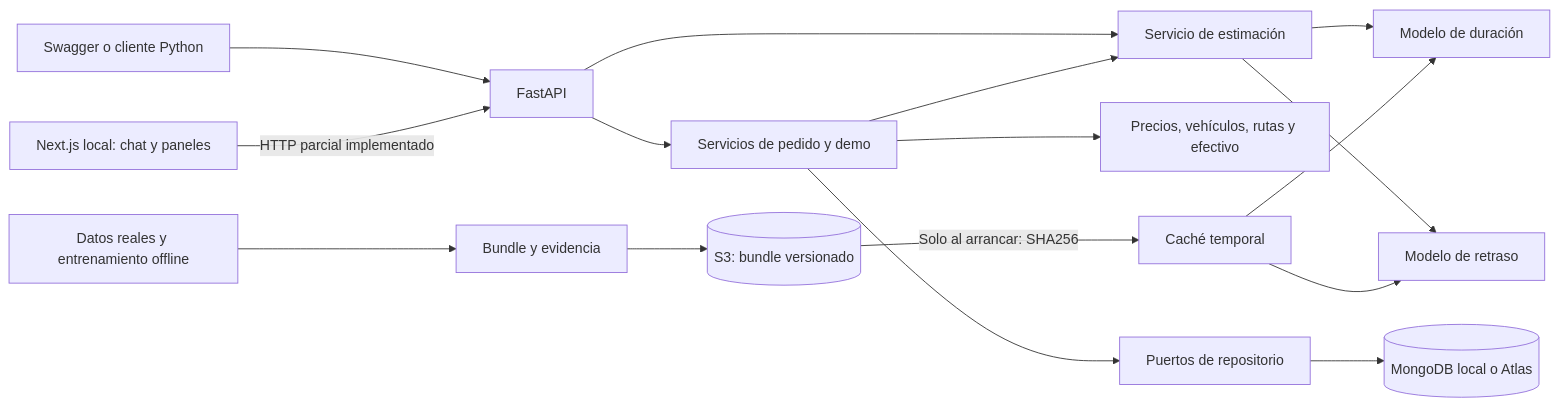
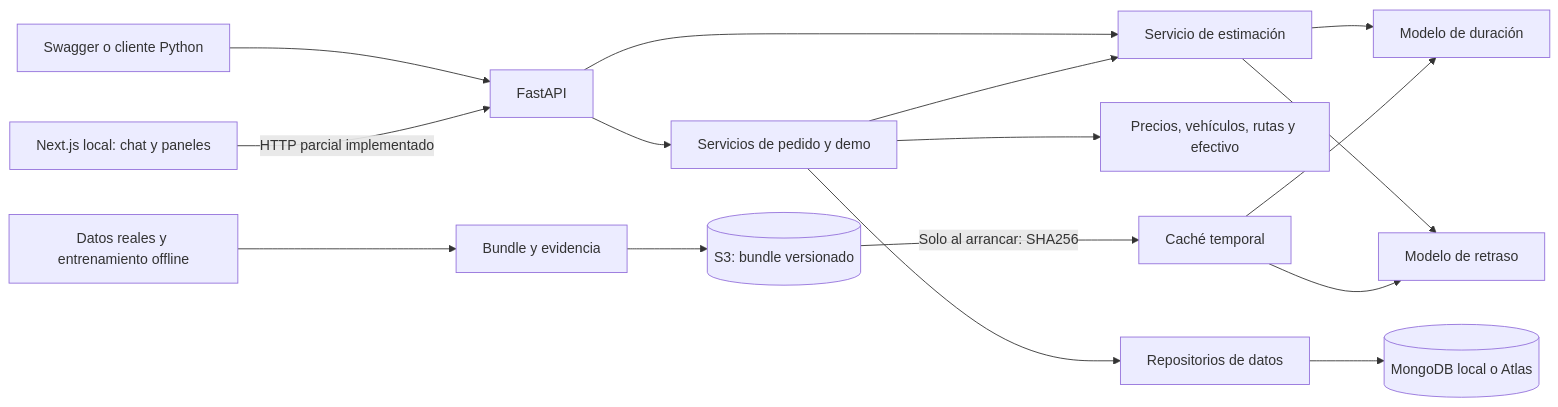
One commit to rvigil24/ml-delivery-app changed the diagram in docs/ARCHITECTURE.md. Above: the diagram before and after it, drawn with Mermaid. The commit also changed other lines of this file and 136 other files, not shown here.

````diff
--- a/docs/ARCHITECTURE.md
+++ b/docs/ARCHITECTURE.md
@@ -20,18 +20,18 @@
 ```mermaid
 flowchart LR
     Client[Swagger o cliente Python] --> API[FastAPI]
     UI[Next.js local: chat y paneles] -->|HTTP parcial implementado| API
     API --> Estimate[Servicio de estimación]
     Estimate --> ETA[Modelo de duración]
     Estimate --> Risk[Modelo de retraso]
     API --> Demo[Servicios de pedido y demo]
     Demo --> Estimate
     Demo --> Rules[Precios, vehículos, rutas y efectivo]
-    Demo --> Ports[Puertos de repositorio]
+    Demo --> Ports[Repositorios de datos]
     Ports --> Mongo[(MongoDB local o Atlas)]
     S3[(S3: bundle versionado)] -->|Solo al arrancar: SHA256| Cache[Caché temporal]
     Cache --> ETA
     Cache --> Risk
     Offline[Datos reales y entrenamiento offline] --> Bundle[Bundle y evidencia]
     Bundle --> S3
 ```
````
